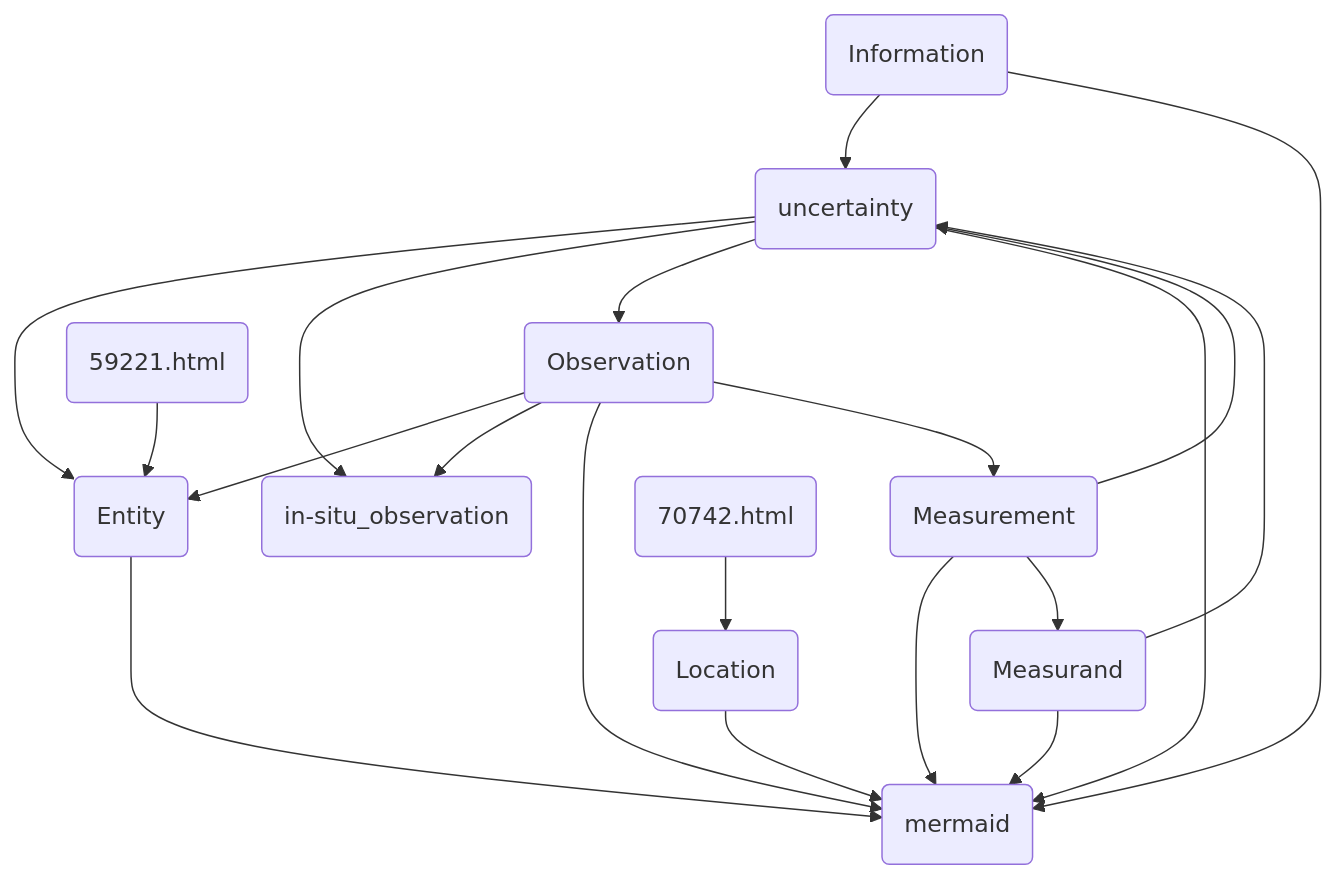
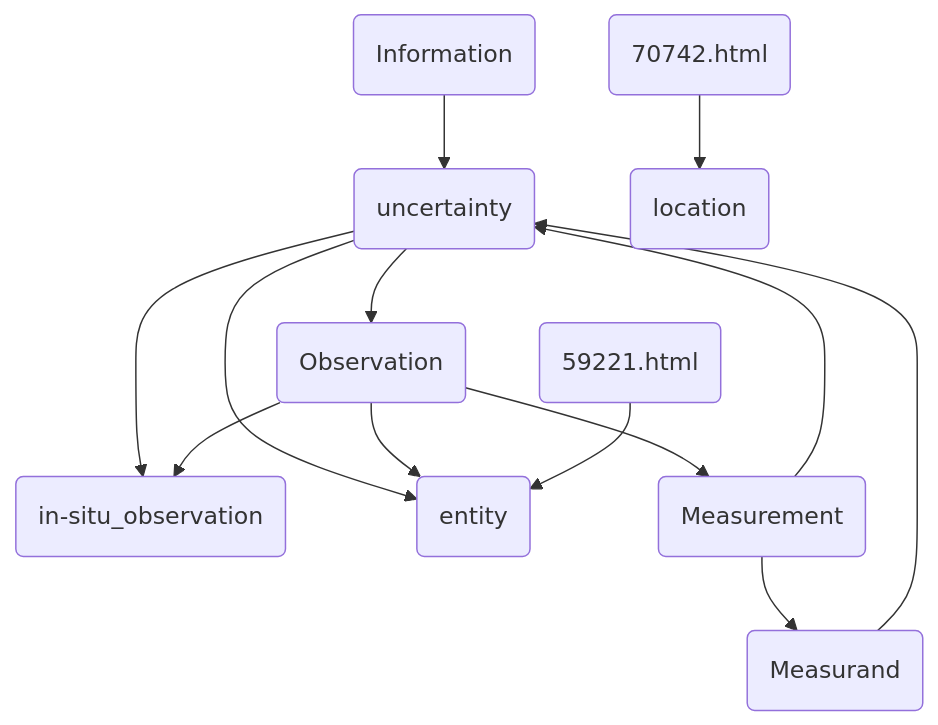
One commit to do-me/kceo_glossary changed the diagram in docs/mermaid.md. Above: the diagram before and after it, drawn with Mermaid. The commit also changed 2 other files, not shown here.

Commit message:
remove mermaid

````diff
--- a/docs/mermaid.md
+++ b/docs/mermaid.md
@@ -1,22 +1,15 @@
 ```mermaid
 flowchart TD;
+    id_uncertainty(Uncertainty) --> id_observation(observation);
+    id_uncertainty(Uncertainty) --> id_in-situ_observation(in-situ_observation);
     id_uncertainty(Uncertainty) --> id_entity(entity);
-    id_uncertainty(Uncertainty) --> id_in-situ_observation(in-situ_observation);
-    id_uncertainty(Uncertainty) --> id_observation(observation);
-    id_uncertainty(Uncertainty) --> id_mermaid(mermaid);
+    id_observation(Observation) --> id_measurement(measurement);
+    id_observation(Observation) --> id_in-situ_observation(in-situ_observation);
     id_observation(Observation) --> id_entity(entity);
-    id_observation(Observation) --> id_in-situ_observation(in-situ_observation);
-    id_observation(Observation) --> id_mermaid(mermaid);
-    id_observation(Observation) --> id_measurement(measurement);
     id_59221.html(59221.html) --> id_entity(entity);
     id_70742.html(70742.html) --> id_location(location);
+    id_measurement(Measurement) --> id_measurand(measurand);
     id_measurement(Measurement) --> id_uncertainty(uncertainty);
-    id_measurement(Measurement) --> id_mermaid(mermaid);
-    id_measurement(Measurement) --> id_measurand(measurand);
     id_measurand(Measurand) --> id_uncertainty(uncertainty);
-    id_measurand(Measurand) --> id_mermaid(mermaid);
     id_information(Information) --> id_uncertainty(uncertainty);
-    id_information(Information) --> id_mermaid(mermaid);
-    id_entity(Entity) --> id_mermaid(mermaid);
-    id_location(Location) --> id_mermaid(mermaid);
 ```
````
